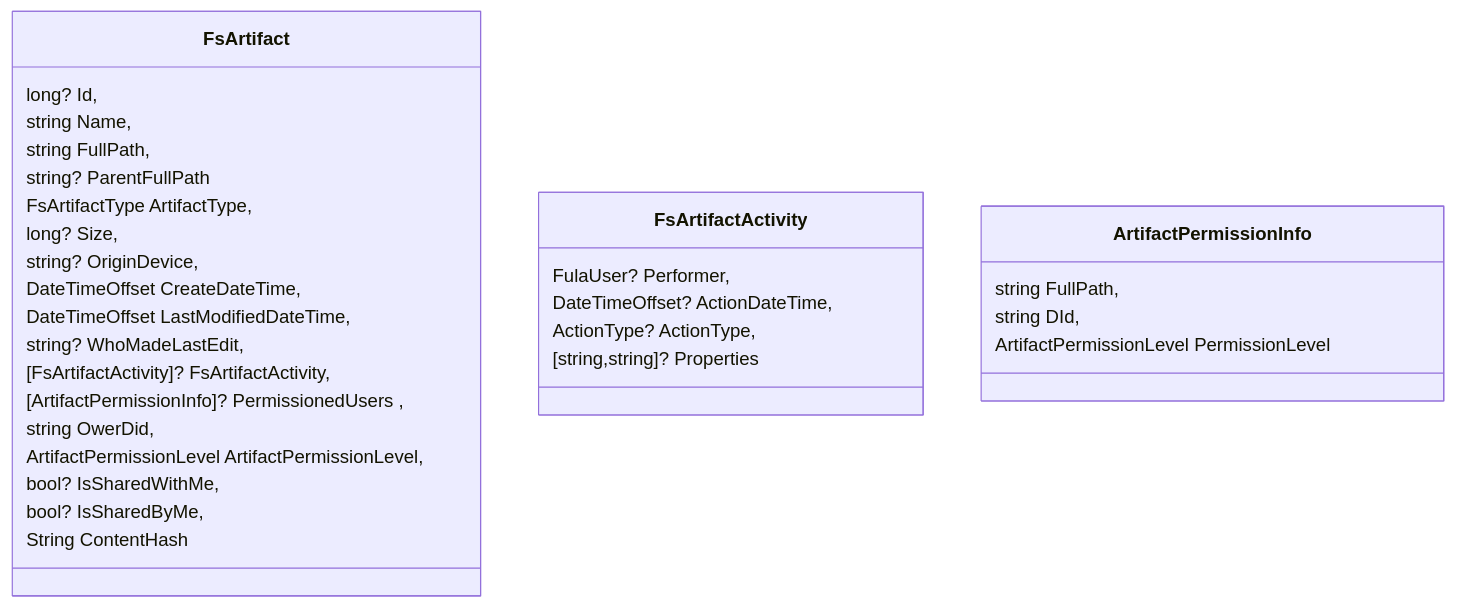
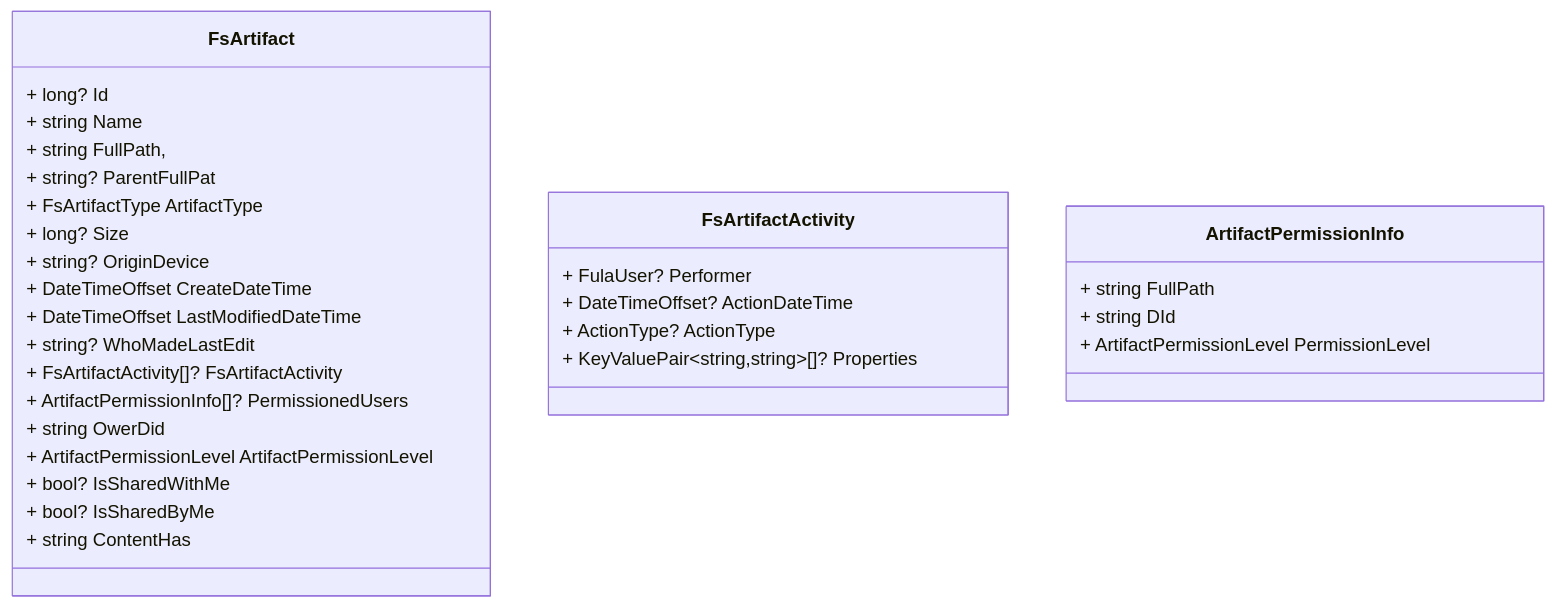
One commit to functionland/fx-files changed the fourth of 5 diagrams in docs/fula-client-overview.md. Above: the diagram before and after it, drawn with Mermaid. The commit also changed other lines of this file, not shown here.

Commit message:
Fix class diagram annotations. ab#839

````diff
--- a/docs/fula-client-overview.md
+++ b/docs/fula-client-overview.md
@@ -68,36 +72,36 @@
 ```mermaid
 classDiagram
+
 class FsArtifact{
-long?  Id,
-string Name,
-string FullPath, 
-string? ParentFullPath
-FsArtifactType ArtifactType,
-long? Size,
-string? OriginDevice,
-DateTimeOffset CreateDateTime,
-DateTimeOffset LastModifiedDateTime,
-string? WhoMadeLastEdit,
-[FsArtifactActivity]? FsArtifactActivity,
-[ArtifactPermissionInfo]? PermissionedUsers ,
-string OwerDid,
-ArtifactPermissionLevel ArtifactPermissionLevel,
-bool? IsSharedWithMe,
-bool? IsSharedByMe,
-String ContentHash
+    + long?  Id
+    + string Name
+    + string FullPath,
+    + string? ParentFullPat
+    + FsArtifactType ArtifactType
+    + long? Size
+    + string? OriginDevice
+    + DateTimeOffset CreateDateTime
+    + DateTimeOffset LastModifiedDateTime
+    + string? WhoMadeLastEdit
+    + FsArtifactActivity[]? FsArtifactActivity
+    + ArtifactPermissionInfo[]? PermissionedUsers 
+    + string OwerDid
+    + ArtifactPermissionLevel ArtifactPermissionLevel
+    + bool? IsSharedWithMe
+    + bool? IsSharedByMe
+    + string ContentHas
 }
 
-
 class FsArtifactActivity{
-FulaUser? Performer,
-DateTimeOffset? ActionDateTime,
-ActionType? ActionType,
-[string,string]? Properties
+    + FulaUser? Performer
+    + DateTimeOffset? ActionDateTime
+    + ActionType? ActionType
+    + KeyValuePair~string,string~[]? Properties
 }
 
 class ArtifactPermissionInfo{
-string FullPath,
-string DId,
-ArtifactPermissionLevel PermissionLevel
+    + string FullPath
+    + string DId
+    + ArtifactPermissionLevel PermissionLevel
 }
 ```
````
